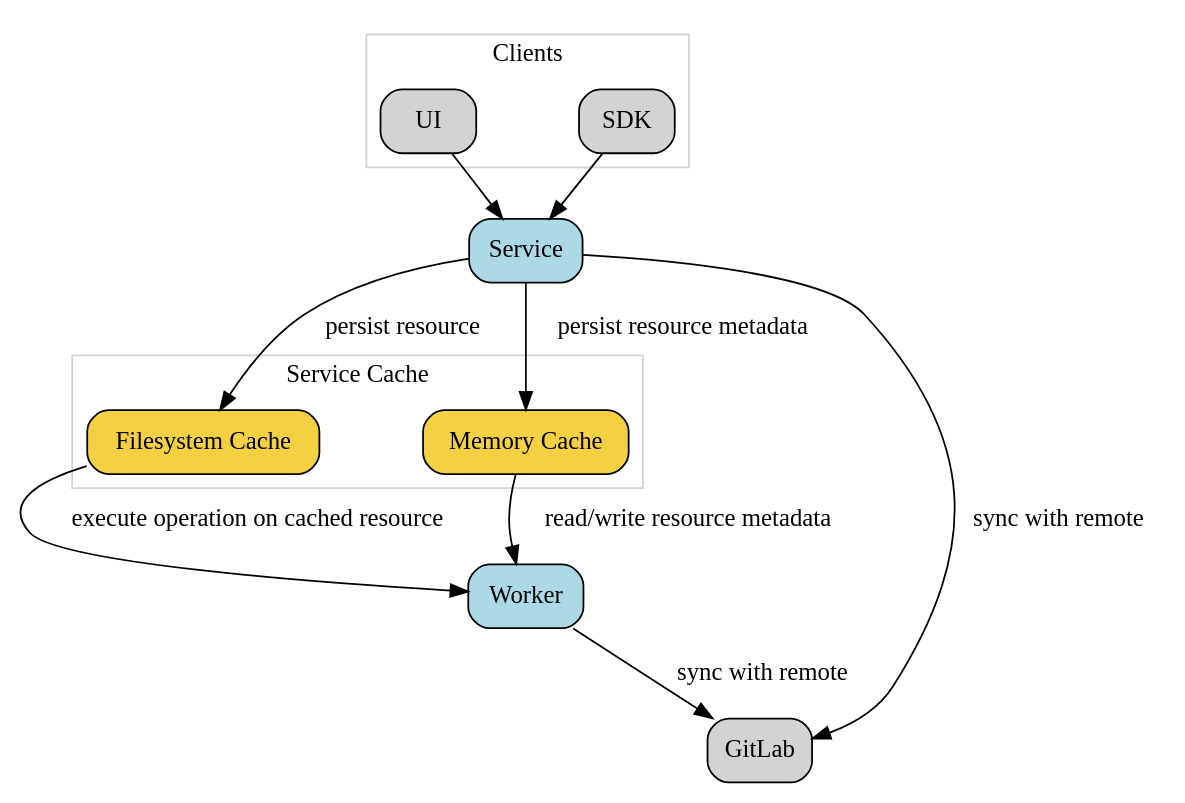
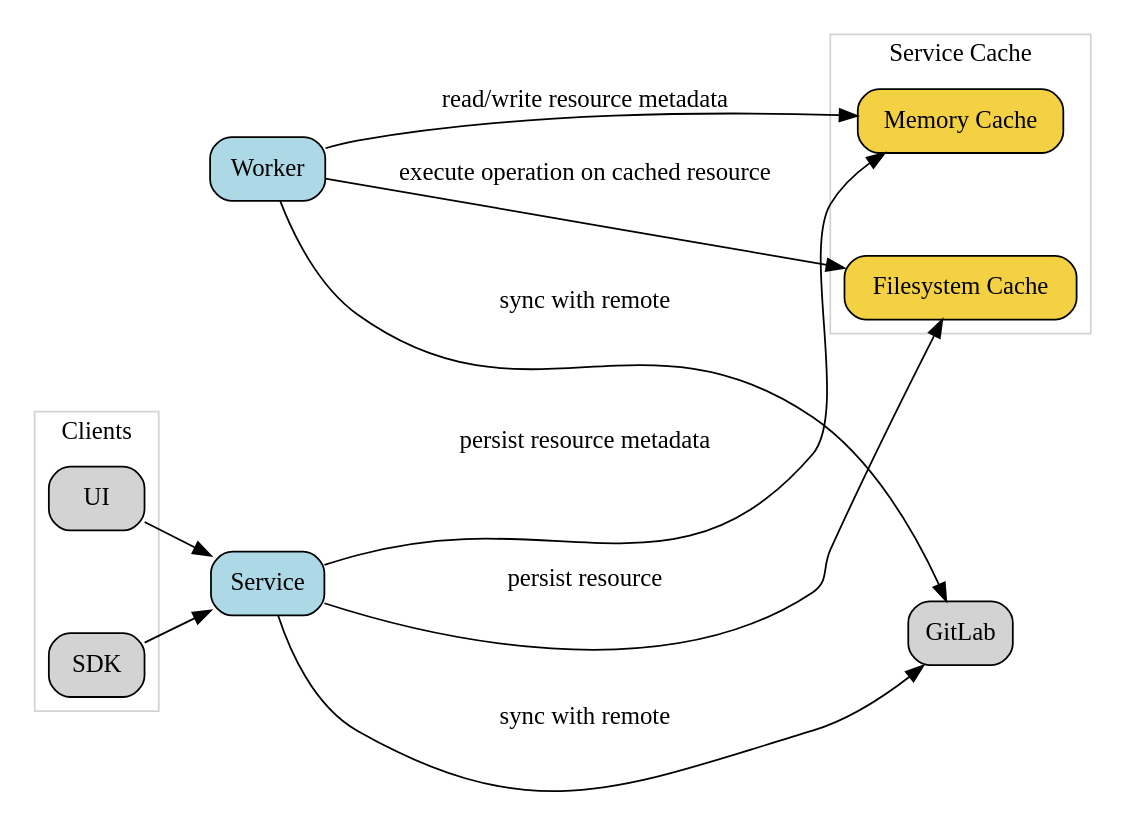
The diagram in docs/_static/graphviz/core_service_architecture.dot (SwissDataScienceCenter/renku), drawn with Graphviz before and after one commit.

Commit message:
docs: update service dot diagram

```diff
--- a/docs/_static/graphviz/core_service_architecture.dot
+++ b/docs/_static/graphviz/core_service_architecture.dot
@@ -1,46 +1,50 @@
 strict digraph architecture {
   compound=true;
   newrank=true;
+  rankdir=LR;
 
   graph [fontname="Raleway", nodesep="0.8"];
   node [shape="rect", style="filled,rounded", fontname="Raleway"];
   edge [fontname="Raleway"]
 
   Service [fillcolor="lightblue"]
+  Worker [fillcolor="lightblue"]
+
   "Filesystem Cache" [fillcolor="#f4d142"]
   "Memory Cache" [fillcolor="#f4d142"]
   GitLab [fillcolor=""]
-  Worker [fillcolor="lightblue"]
+
+  Worker -> "Filesystem Cache" [label=" execute operation on cached resource"]
+  Worker -> "Memory Cache" [label=" read/write resource metadata"]
 
   subgraph service_clients {
     label="Clients"
     UI -> Service
     SDK -> Service
     {rank=same; UI, SDK};
 
   }
 
   Service -> "Filesystem Cache" [label=" persist resource"]
   Service -> "Memory Cache" [label=" persist resource metadata"]
   Service -> GitLab [label=" sync with remote"]
 
-  "Filesystem Cache" -> Worker [label=" execute operation on cached resource"]
-  "Memory Cache" -> Worker [label=" read/write resource metadata"]
+
 
   Worker -> GitLab [label=" sync with remote"]
 
   subgraph cluster_service_cache {
     color="lightgray";
     label="Service Cache";
     "Filesystem Cache" [fillcolor="#f4d142"]
     "Memory Cache" [fillcolor="#f4d142"]
   }
 
   subgraph cluster_service_client {
       color="lightgray";
       label="Clients";
       UI
       SDK
     }
 
 }
```
